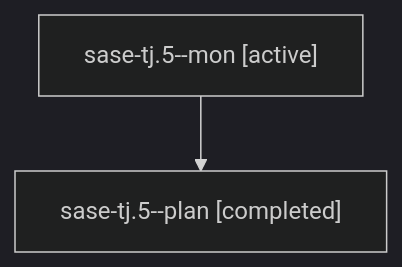
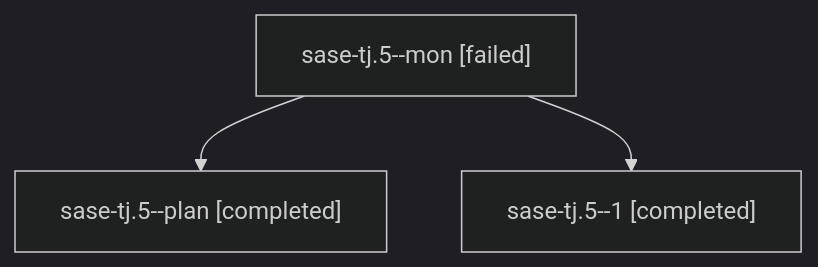
The diagram in families/bbugyi200.athena.sase-tj.5.md (sase-org/sase--agents), drawn with Mermaid (dark theme) before and after one commit. The commit also changed other lines of this file and 103 other files, not shown here.

````diff
--- a/families/bbugyi200.athena.sase-tj.5.md
+++ b/families/bbugyi200.athena.sase-tj.5.md
@@ -9,6 +9,8 @@
 ```mermaid
 flowchart TD
-  n0["sase-tj.5--mon [active]"]
+  n0["sase-tj.5--mon [failed]"]
   n1["sase-tj.5--plan [completed]"]
   n0 --> n1
+  n2["sase-tj.5--1 [completed]"]
+  n0 --> n2
 ```
````
